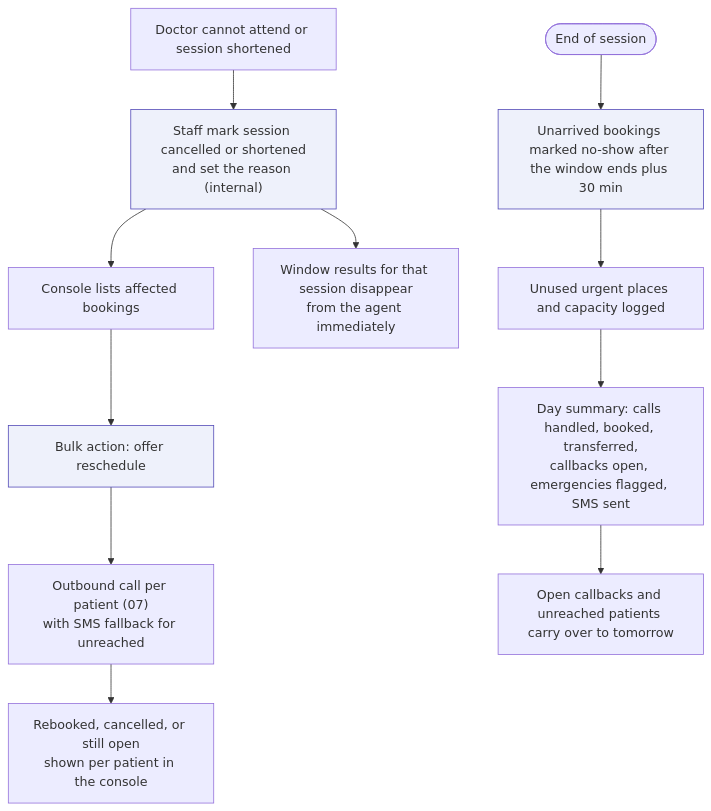
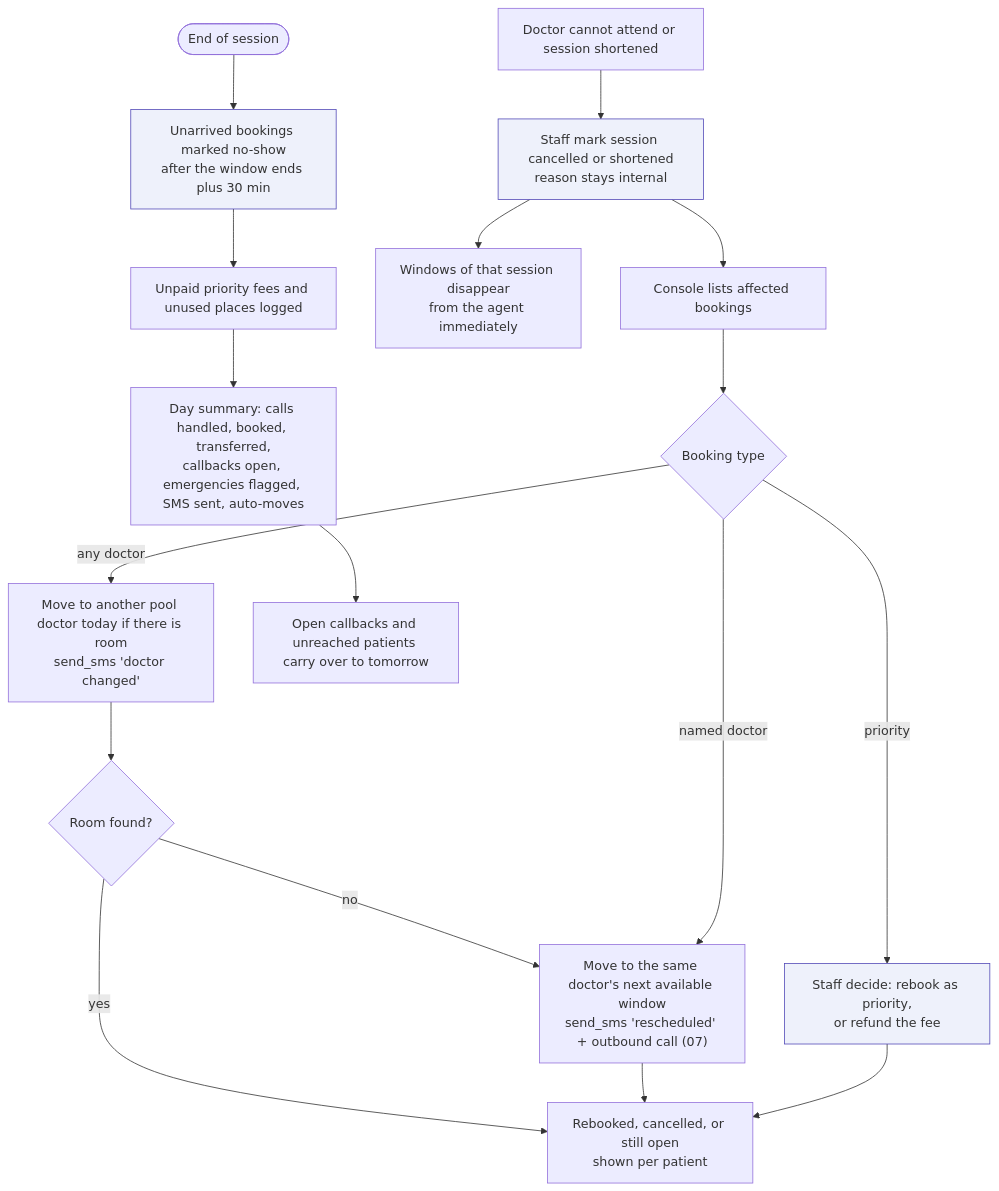
The fourth of 4 diagrams in docs/flows/09-day-of-operations.md (Anupamgt/tts-agent-1), drawn with Mermaid before and after one commit. The commit also changed other lines of this file and 15 other files, not shown here.

First line of the commit message:
Apply decisions 1, 3, 6, 7, 12, 13 to flows, schema and alignment

````diff
--- a/docs/flows/09-day-of-operations.md
+++ b/docs/flows/09-day-of-operations.md
@@ -65,17 +98,23 @@
 ```mermaid
 flowchart TD
-    X0["Doctor cannot attend or session shortened"] --> X1["Staff mark session cancelled or shortened<br/>and set the reason (internal)"]
+    X0["Doctor cannot attend or session shortened"] --> X1["Staff mark session cancelled or shortened<br/>reason stays internal"]
     X1 --> X2["Console lists affected bookings"]
-    X2 --> X3["Bulk action: offer reschedule"]
-    X3 --> X4["Outbound call per patient (07)<br/>with SMS fallback for unreached"]
-    X4 --> X5["Rebooked, cancelled, or still open<br/>shown per patient in the console"]
-    X1 --> X6["Window results for that session disappear<br/>from the agent immediately"]
+    X2 --> X3{"Booking type"}
+    X3 -->|"any doctor"| X4["Move to another pool doctor today if there is room<br/>send_sms 'doctor changed'"]
+    X4 --> X4b{"Room found?"}
+    X4b -->|"no"| X5
+    X4b -->|"yes"| X8
+    X3 -->|"named doctor"| X5["Move to the same doctor's next available window<br/>send_sms 'rescheduled' + outbound call (07)"]
+    X3 -->|"priority"| X6["Staff decide: rebook as priority,<br/>or refund the fee"]
+    X5 --> X8["Rebooked, cancelled, or still open<br/>shown per patient"]
+    X6 --> X8
+    X1 --> X7["Windows of that session disappear<br/>from the agent immediately"]
 
-    Y0(["End of session"]) --> Y1["Unarrived bookings marked no-show after the window ends plus 30 min"]
-    Y1 --> Y2["Unused urgent places and capacity logged"]
-    Y2 --> Y3["Day summary: calls handled, booked, transferred,<br/>callbacks open, emergencies flagged, SMS sent"]
+    Y0(["End of session"]) --> Y1["Unarrived bookings marked no-show<br/>after the window ends plus 30 min"]
+    Y1 --> Y2["Unpaid priority fees and unused places logged"]
+    Y2 --> Y3["Day summary: calls handled, booked, transferred,<br/>callbacks open, emergencies flagged, SMS sent, auto-moves"]
     Y3 --> Y4["Open callbacks and unreached patients carry over to tomorrow"]
 
     classDef human fill:#eef1fb,stroke:#534ab7;
-    class X1,X3,Y1 human;
+    class X1,X6,Y1 human;
 ```
````
